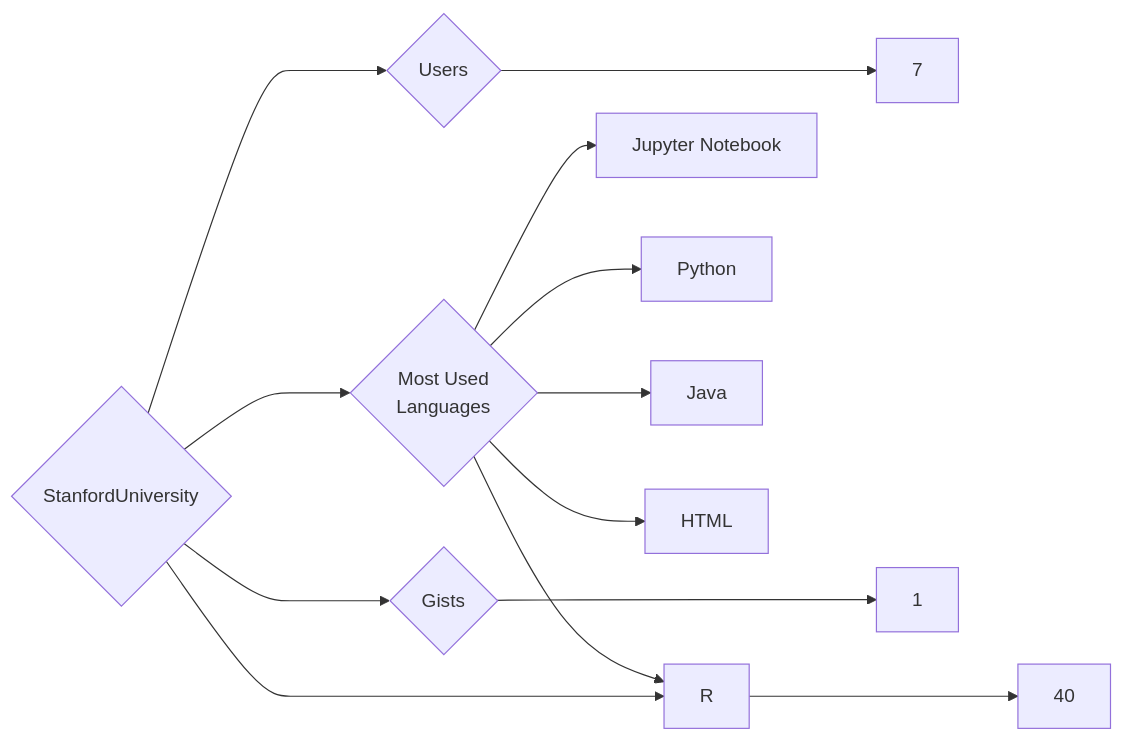
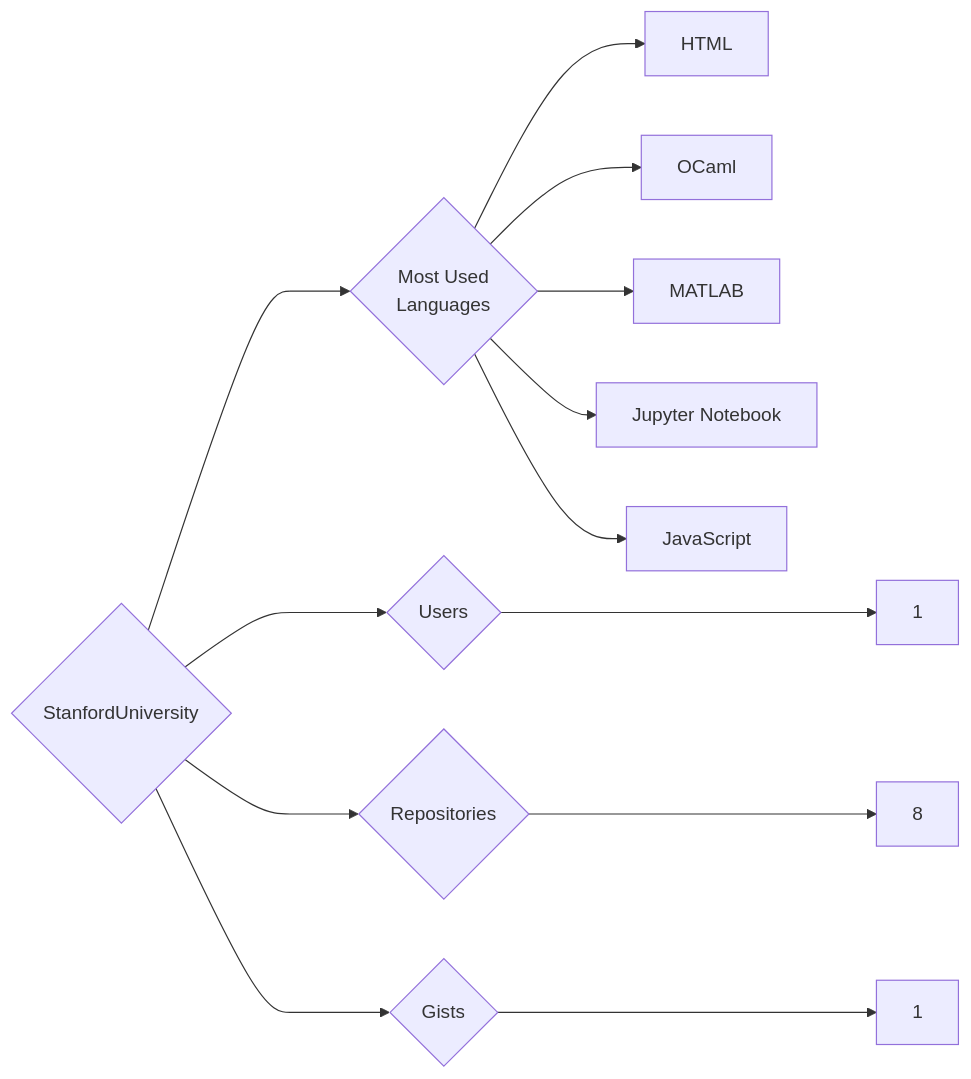
The diagram in targets/StanfordUniversity/README.md (trickest/insiders), drawn with Mermaid before and after one commit. The commit also changed 1389 other files, not shown here.

````diff
--- a/targets/StanfordUniversity/README.md
+++ b/targets/StanfordUniversity/README.md
@@ -3,13 +3,13 @@
 ```mermaid
 graph LR
 COMPANY_NAME{StanfordUniversity}
-COMPANY_NAME ---> U{Users} ---> UN[7]
-COMPANY_NAME ---> R{Repositories} ---> RN[40]
+COMPANY_NAME ---> U{Users} ---> UN[1]
+COMPANY_NAME ---> R{Repositories} ---> RN[8]
 COMPANY_NAME ---> G{Gists} ---> GN[1]
 COMPANY_NAME ---> ML{Most Used<br>Languages}
+ML --> HTML[HTML]
+ML --> OCaml[OCaml]
+ML --> MATLAB[MATLAB]
 ML --> Jupyter_Notebook[Jupyter Notebook]
-ML --> Python[Python]
-ML --> Java[Java]
-ML --> HTML[HTML]
-ML --> R[R]
+ML --> JavaScript[JavaScript]
 ```
````
